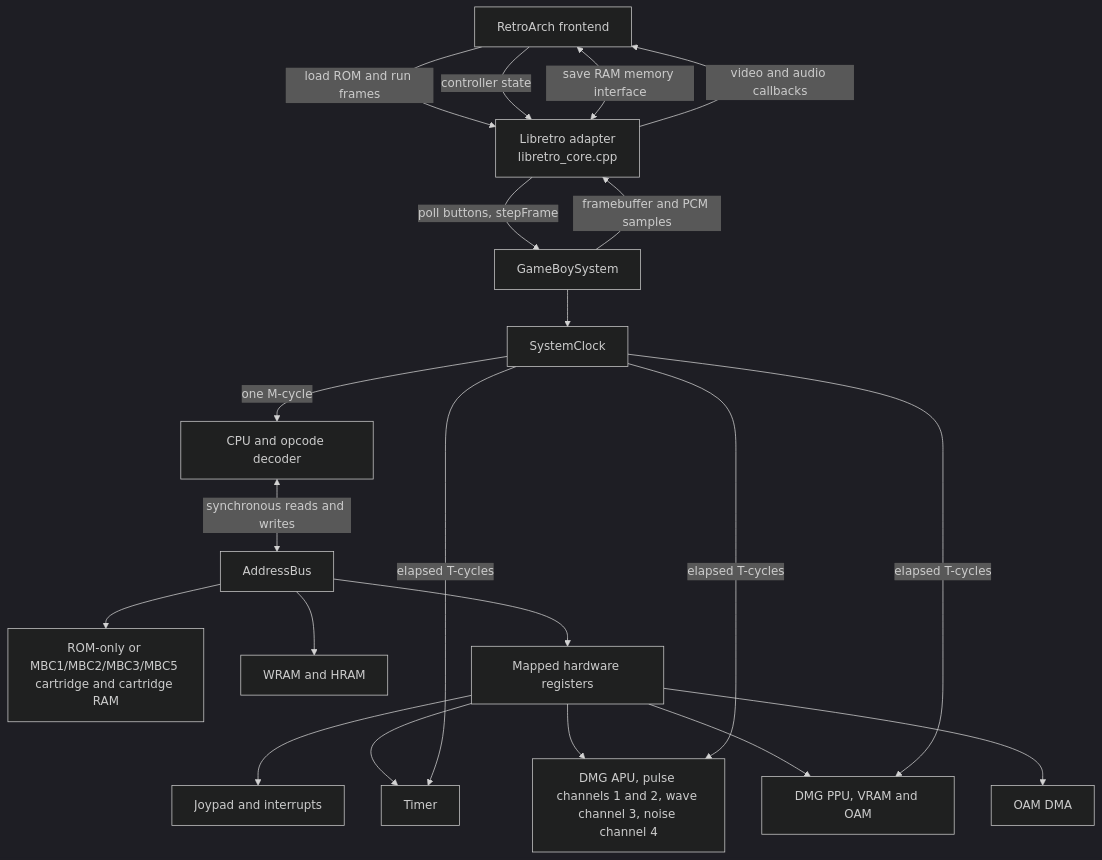
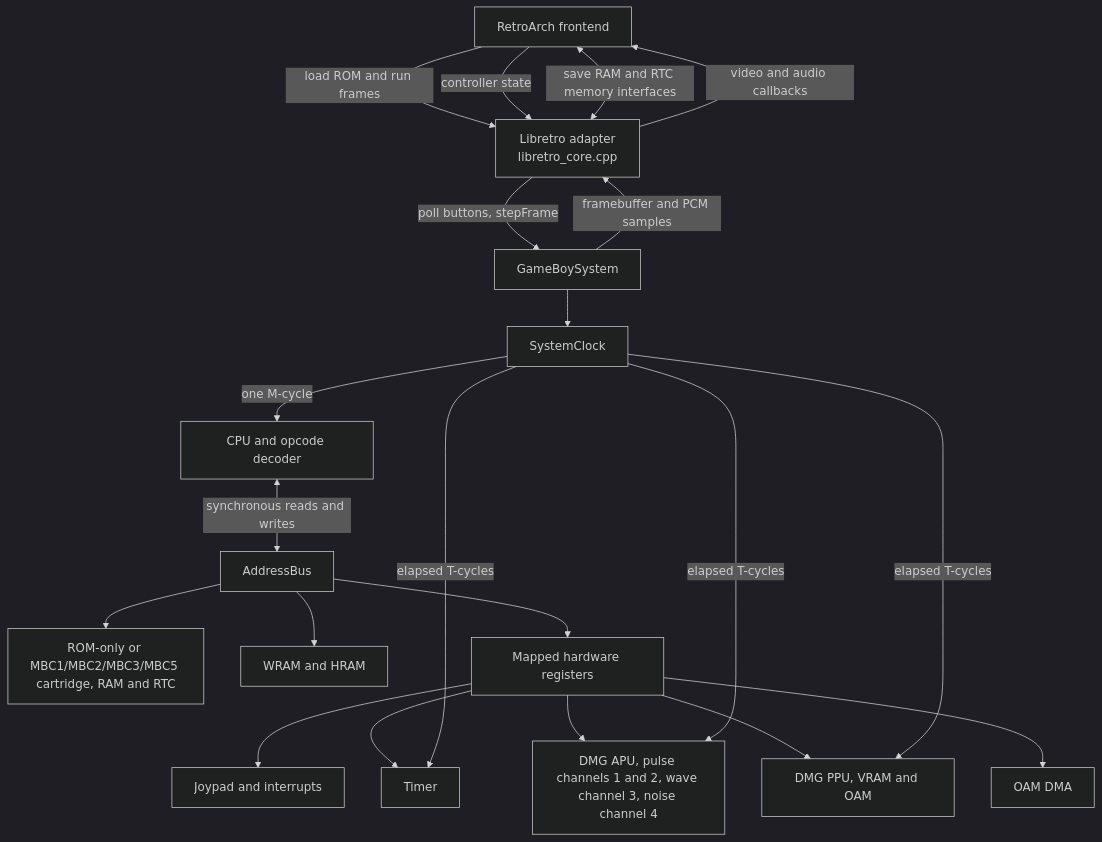
Before and after one commit to jiayeli-hualien/LotusGB: the diagram in docs/architecture.md, drawn with Mermaid (dark theme). The commit also changed other lines of this file and 9 other files, not shown here.

Commit message:
Add MBC3 RTC support

````diff
--- a/docs/architecture.md
+++ b/docs/architecture.md
@@ -13,27 +13,27 @@
 ```mermaid
 flowchart TD
     RA[RetroArch frontend] -->|load ROM and run frames| LR[Libretro adapter<br/>libretro_core.cpp]
     RA -->|controller state| LR
     LR -->|poll buttons, stepFrame| SYS[GameBoySystem]
 
     SYS --> CLOCK[SystemClock]
     CLOCK -->|one M-cycle| CPU[CPU and opcode decoder]
     CPU <-->|synchronous reads and writes| BUS[AddressBus]
 
-    BUS --> CART[ROM-only or MBC1/MBC2/MBC3/MBC5 cartridge and cartridge RAM]
+    BUS --> CART[ROM-only or MBC1/MBC2/MBC3/MBC5 cartridge, RAM and RTC]
     BUS --> RAM[WRAM and HRAM]
     BUS --> IO[Mapped hardware registers]
     IO --> JOY[Joypad and interrupts]
     IO --> TIMER[Timer]
     IO --> APU[DMG APU, pulse channels 1 and 2, wave channel 3, noise channel 4]
     IO --> PPU[DMG PPU, VRAM and OAM]
     IO --> DMA[OAM DMA]
 
     CLOCK -->|elapsed T-cycles| TIMER
     CLOCK -->|elapsed T-cycles| APU
     CLOCK -->|elapsed T-cycles| PPU
 
     SYS -->|framebuffer and PCM samples| LR
-    RA <-->|save RAM memory interface| LR
+    RA <-->|save RAM and RTC memory interfaces| LR
     LR -->|video and audio callbacks| RA
 ```
````
